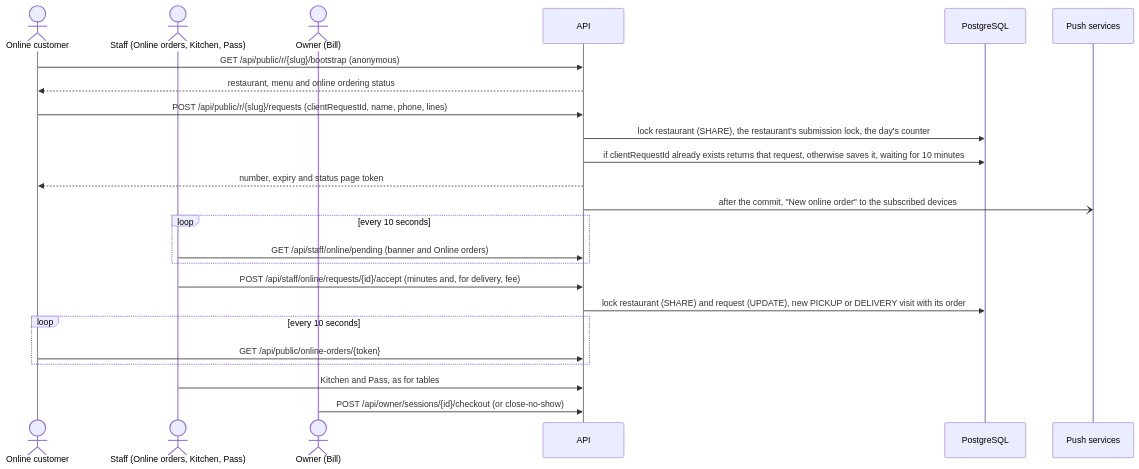
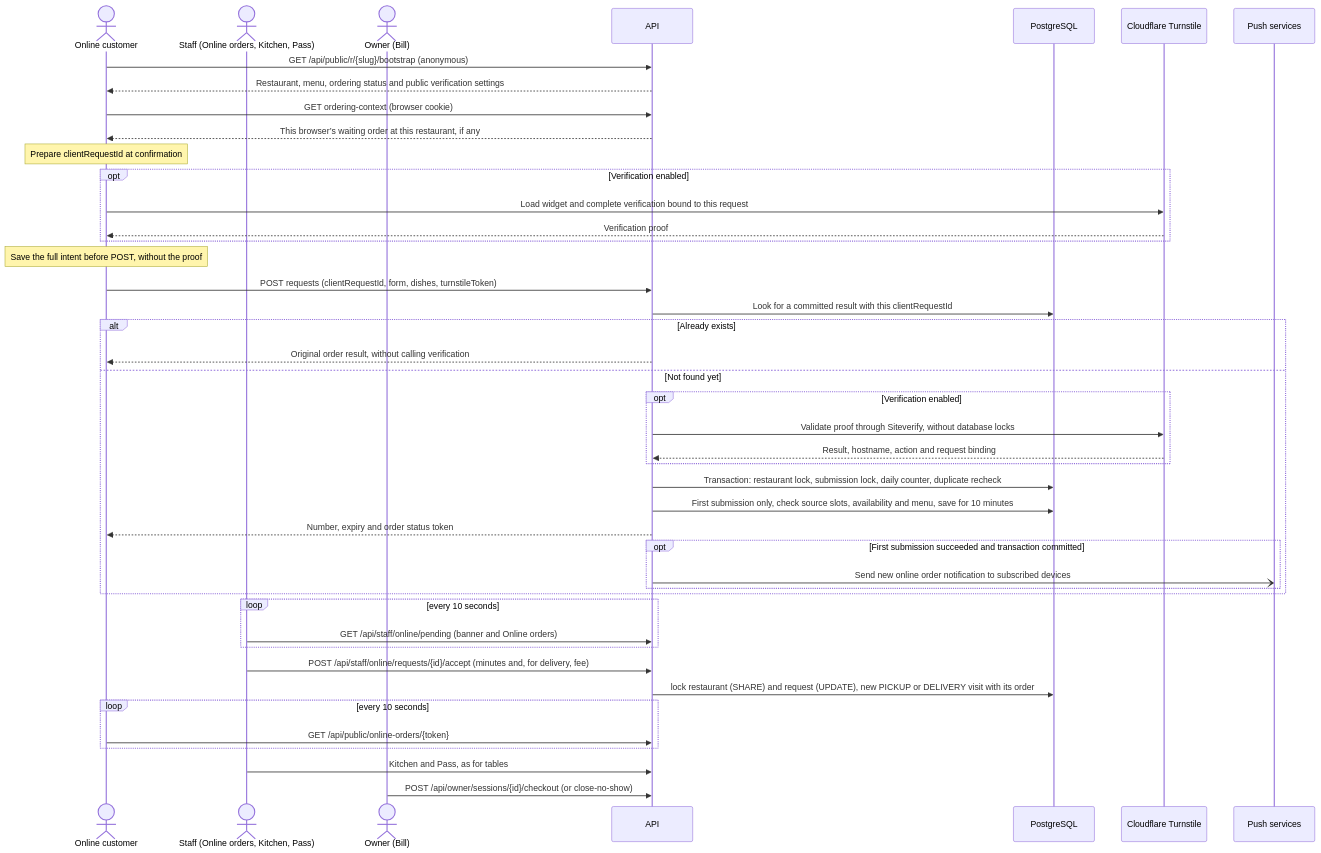
The fourth of 5 diagrams in docs/en/development-notes.md (lorenzoyang/TavoloFlow), drawn with Mermaid before and after one commit. The commit also changed other lines of this file and 8 other files, not shown here.

````diff
--- a/docs/en/development-notes.md
+++ b/docs/en/development-notes.md
@@ -395,27 +395,47 @@
 ```mermaid
 sequenceDiagram
   actor C as Online customer
   actor S as Staff (Online orders, Kitchen, Pass)
   actor T as Owner (Bill)
   participant A as API
   participant D as PostgreSQL
+  participant V as Cloudflare Turnstile
   participant P as Push services
 
   C->>A: GET /api/public/r/{slug}/bootstrap (anonymous)
-  A-->>C: restaurant, menu and online ordering status
-  C->>A: POST /api/public/r/{slug}/requests (clientRequestId, name, phone, lines)
-  A->>D: lock restaurant (SHARE), the restaurant's submission lock, the day's counter
-  A->>D: if clientRequestId already exists returns that request, otherwise saves it, waiting for 10 minutes
-  A-->>C: number, expiry and status page token
-  A-)P: after the commit, "New online order" to the subscribed devices
+  A-->>C: Restaurant, menu, ordering status and public verification settings
+  C->>A: GET ordering-context (browser cookie)
+  A-->>C: This browser’s waiting order at this restaurant, if any
+  Note over C: Prepare clientRequestId at confirmation
+  opt Verification enabled
+    C->>V: Load widget and complete verification bound to this request
+    V-->>C: Verification proof
+  end
+  Note over C: Save the full intent before POST, without the proof
+  C->>A: POST requests (clientRequestId, form, dishes, turnstileToken)
+  A->>D: Look for a committed result with this clientRequestId
+  alt Already exists
+    A-->>C: Original order result, without calling verification
+  else Not found yet
+    opt Verification enabled
+      A->>V: Validate proof through Siteverify, without database locks
+      V-->>A: Result, hostname, action and request binding
+    end
+    A->>D: Transaction: restaurant lock, submission lock, daily counter, duplicate recheck
+    A->>D: First submission only, check source slots, availability and menu, save for 10 minutes
+    A-->>C: Number, expiry and order status token
+    opt First submission succeeded and transaction committed
+      A-)P: Send new online order notification to subscribed devices
+    end
+  end
   loop every 10 seconds
     S->>A: GET /api/staff/online/pending (banner and Online orders)
   end
   S->>A: POST /api/staff/online/requests/{id}/accept (minutes and, for delivery, fee)
   A->>D: lock restaurant (SHARE) and request (UPDATE), new PICKUP or DELIVERY visit with its order
   loop every 10 seconds
     C->>A: GET /api/public/online-orders/{token}
   end
   S->>A: Kitchen and Pass, as for tables
   T->>A: POST /api/owner/sessions/{id}/checkout (or close-no-show)
 ```
````
